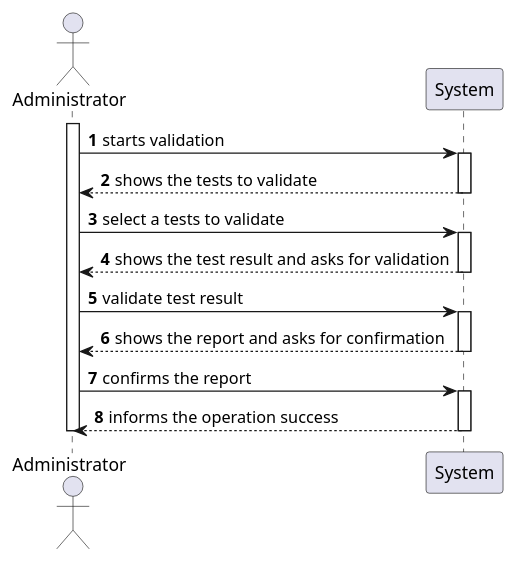
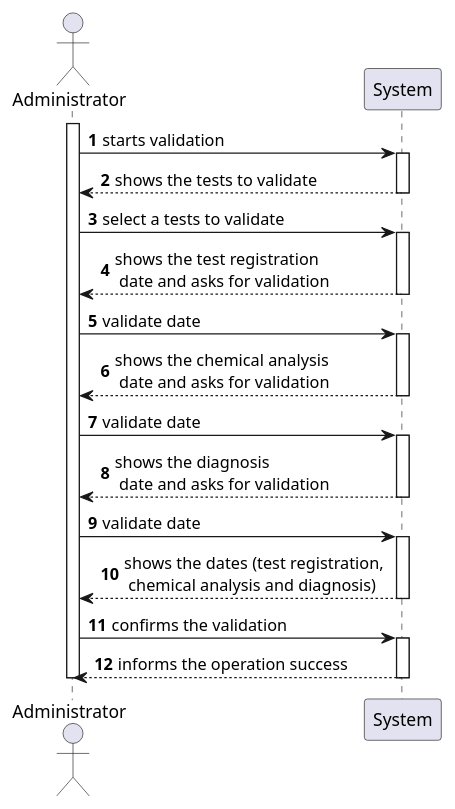
The diagram in docs/SprintC/US15/US15_SSD.puml (manu-07-ela/LAPR2_ISEP), drawn with PlantUML before and after one commit. The commit also changed 1 other file, not shown here.

```diff
--- a/docs/SprintC/US15/US15_SSD.puml
+++ b/docs/SprintC/US15/US15_SSD.puml
@@ -1,27 +1,35 @@
 @startuml
 'https://plantuml.com/sequence-diagram
 
 autonumber
 actor Administrator
 activate Administrator
 Administrator -> System: starts validation
 activate System
 System --> Administrator : shows the tests to validate
 deactivate System
 Administrator -> System:select a tests to validate
 activate System
 
-System --> Administrator : shows the test result and asks for validation
+System --> Administrator : shows the test registration \n date and asks for validation
 deactivate System
-Administrator -> System: validate test result
+Administrator -> System: validate date
 activate System
-System --> Administrator : shows the report and asks for confirmation
+System --> Administrator : shows the chemical analysis \n date and asks for validation
 deactivate System
-Administrator -> System: confirms the report
+Administrator -> System: validate date
 activate System
+System --> Administrator : shows the diagnosis \n date and asks for validation
+deactivate System
+Administrator -> System: validate date
 
+activate System
+System --> Administrator : shows the dates (test registration, \n chemical analysis and diagnosis)
+deactivate System
+Administrator -> System: confirms the validation
+activate System
 System --> Administrator : informs the operation success
 deactivate System
 deactivate Administrator
 
 @enduml
```
